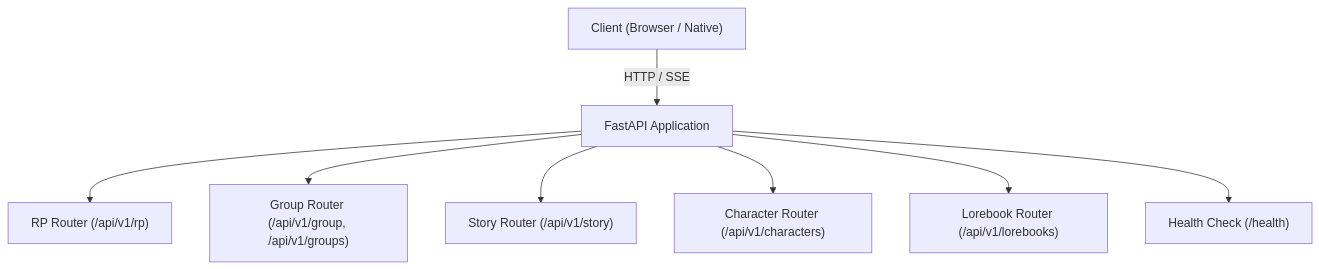
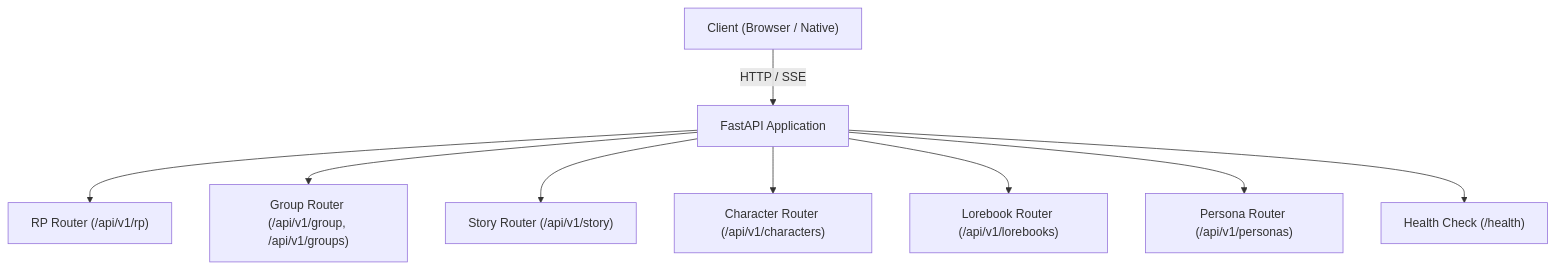
One commit to tangcc35/slm-vlm-post-training changed the first of 2 diagrams in .agents/skills/story-rp-backend/references/api-endpoints-and-sse.md. Above: the diagram before and after it, drawn with Mermaid. The commit also changed other lines of this file and 9 other files, not shown here.

Commit message:
add saved user personas with crud api

````diff
--- a/.agents/skills/story-rp-backend/references/api-endpoints-and-sse.md
+++ b/.agents/skills/story-rp-backend/references/api-endpoints-and-sse.md
@@ -11,10 +11,11 @@
 ```mermaid
 graph TD
     Client["Client (Browser / Native)"] -->|HTTP / SSE| FastAPI["FastAPI Application"]
     FastAPI --> RP["RP Router (/api/v1/rp)"]
     FastAPI --> Group["Group Router (/api/v1/group, /api/v1/groups)"]
     FastAPI --> Story["Story Router (/api/v1/story)"]
     FastAPI --> Chars["Character Router (/api/v1/characters)"]
     FastAPI --> Lore["Lorebook Router (/api/v1/lorebooks)"]
+    FastAPI --> Personas["Persona Router (/api/v1/personas)"]
     FastAPI --> Health["Health Check (/health)"]
 ```
````
